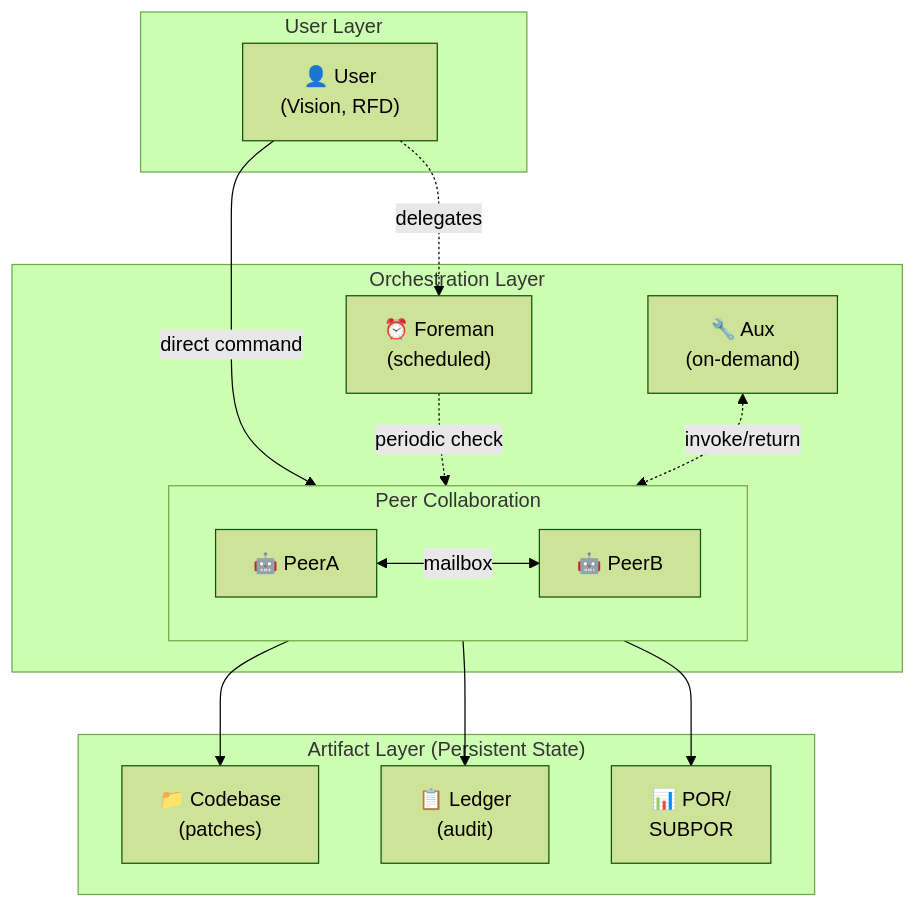
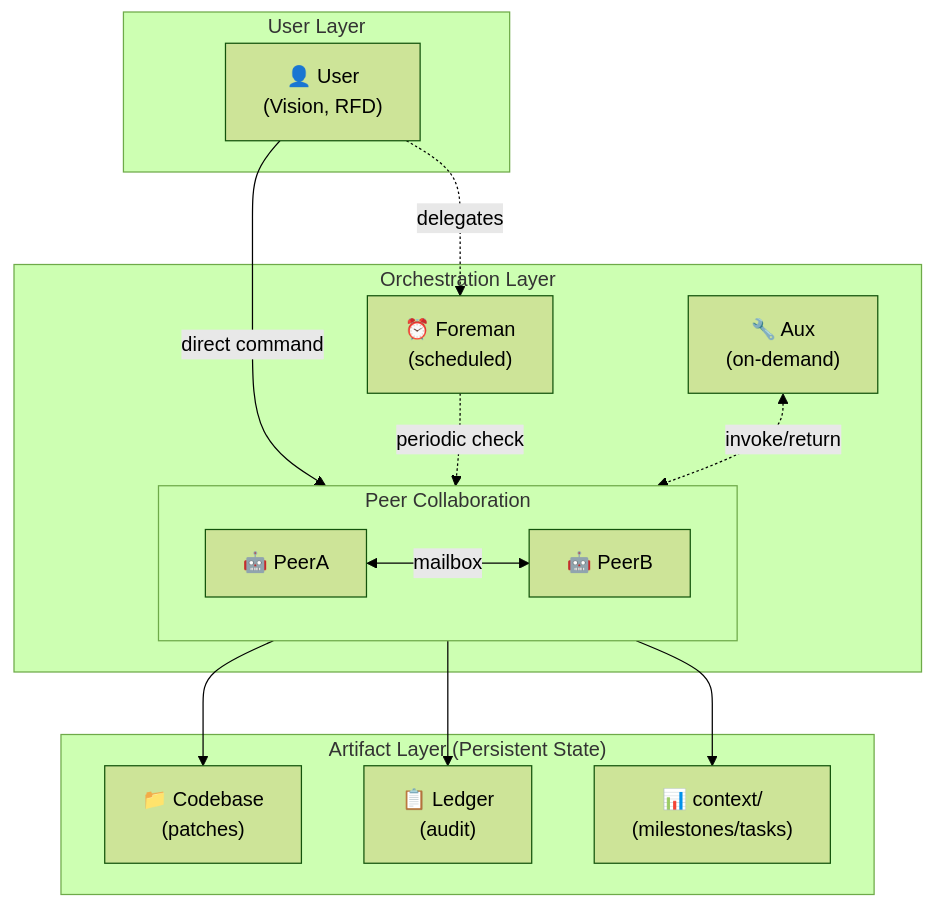
The diagram in docs/ARCHITECTURE.md (zixuniaowu/cccc), drawn with Mermaid (forest theme) before and after one commit. The commit also changed other lines of this file and 10 other files, not shown here.

First line of the commit message:
refactor: remove POR.md, replace with context.yaml

````diff
--- a/docs/ARCHITECTURE.md
+++ b/docs/ARCHITECTURE.md
@@ -25,32 +25,32 @@
 ```mermaid
 flowchart TB
     subgraph UserLayer["User Layer"]
         User["👤 User<br/>(Vision, RFD)"]
     end
 
     subgraph OrchestrationLayer["Orchestration Layer"]
         Foreman["⏰ Foreman<br/>(scheduled)"]
         Aux["🔧 Aux<br/>(on-demand)"]
 
         subgraph Peers["Peer Collaboration"]
             PeerA["🤖 PeerA"]
             PeerB["🤖 PeerB"]
             PeerA <--> |"mailbox"| PeerB
         end
     end
 
     subgraph ArtifactLayer["Artifact Layer (Persistent State)"]
         Codebase["📁 Codebase<br/>(patches)"]
         Ledger["📋 Ledger<br/>(audit)"]
-        POR["📊 POR/<br/>SUBPOR"]
+        Context["📊 context/<br/>(milestones/tasks)"]
     end
 
     User -->|"direct command"| Peers
     User -.->|"delegates"| Foreman
     Foreman -.->|"periodic check"| Peers
     Aux <-.->|"invoke/return"| Peers
 
     Peers --> Codebase
     Peers --> Ledger
-    Peers --> POR
+    Peers --> Context
 ```
````
